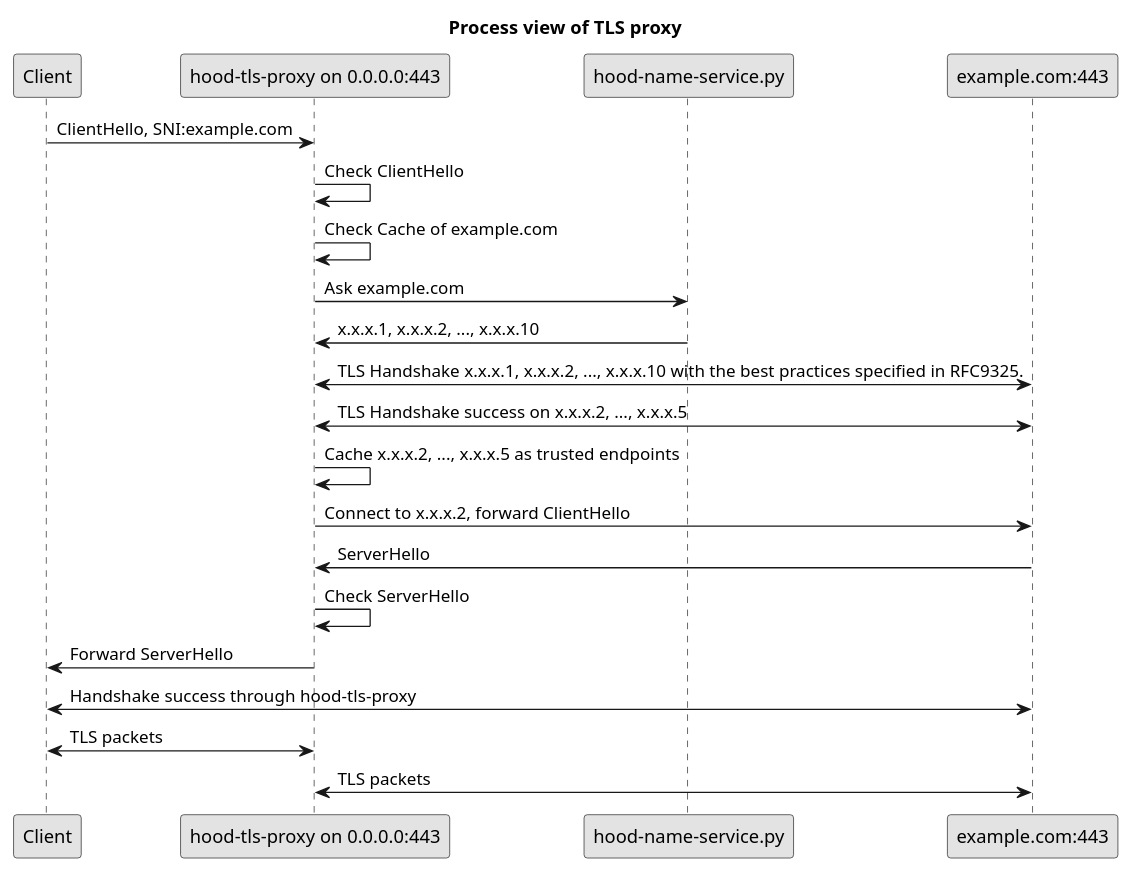
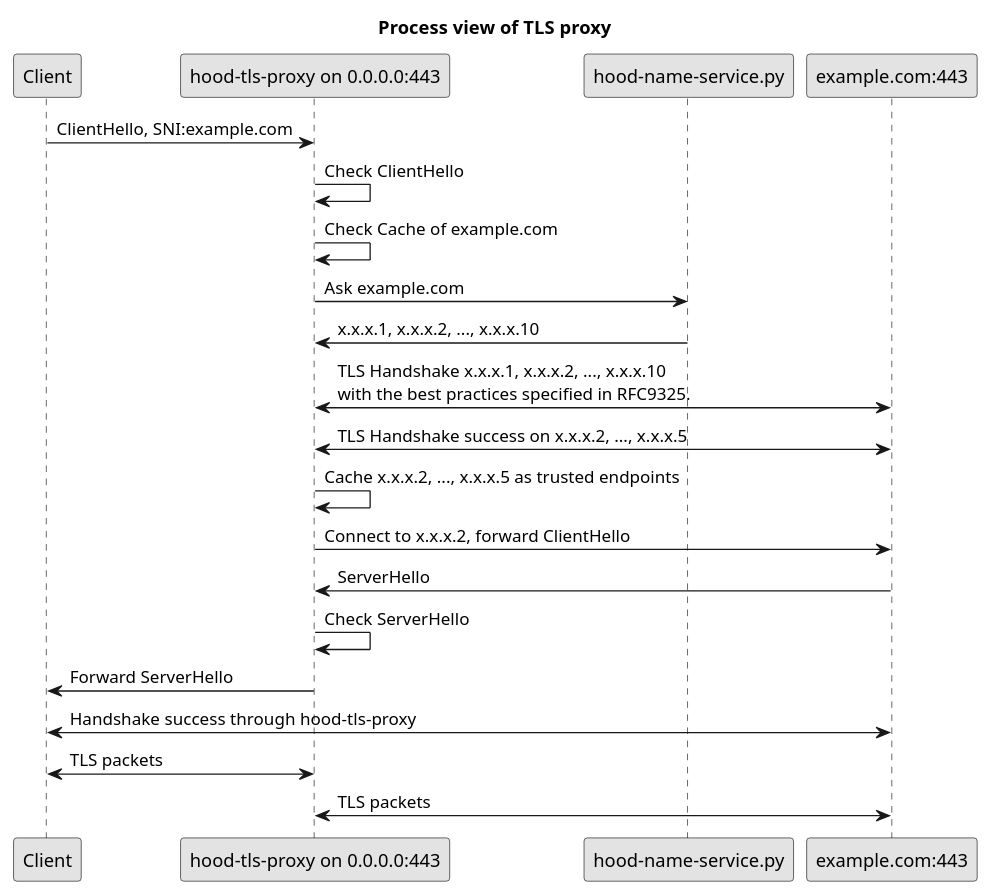
One commit to YongBinnnnnnnnnnnnnnnnnnnnnnnnnnnnnnnnn/hood changed the diagram in paper/graphics/puml/process-tls-proxy.puml. Above: the diagram before and after it, drawn with PlantUML.

```diff
--- a/paper/graphics/puml/process-tls-proxy.puml
+++ b/paper/graphics/puml/process-tls-proxy.puml
@@ -1,32 +1,32 @@
 @startuml
 
 skinparam monochrome true
 skinparam shadowing false
 skinparam defaultFontName Arial
 skinparam componentStyle rectangle
 
 title Process view of TLS proxy
 
 participant "Client" as CLIENT
 participant "hood-tls-proxy on 0.0.0.0:443" as HOODTLS
 participant "hood-name-service.py" as HOODNAME
 participant "example.com:443" as HTTP
 
 CLIENT -> HOODTLS: ClientHello, SNI:example.com
 HOODTLS -> HOODTLS: Check ClientHello
 HOODTLS -> HOODTLS: Check Cache of example.com
 HOODTLS -> HOODNAME: Ask example.com
 HOODNAME -> HOODTLS: x.x.x.1, x.x.x.2, ..., x.x.x.10
-HOODTLS <-> HTTP: TLS Handshake x.x.x.1, x.x.x.2, ..., x.x.x.10 with the best practices specified in RFC9325.
+HOODTLS <-> HTTP: TLS Handshake x.x.x.1, x.x.x.2, ..., x.x.x.10\nwith the best practices specified in RFC9325.
 HOODTLS <-> HTTP: TLS Handshake success on x.x.x.2, ..., x.x.x.5
 HOODTLS -> HOODTLS: Cache x.x.x.2, ..., x.x.x.5 as trusted endpoints
 HOODTLS -> HTTP: Connect to x.x.x.2, forward ClientHello
 HOODTLS <- HTTP: ServerHello
 HOODTLS -> HOODTLS: Check ServerHello
 HOODTLS -> CLIENT: Forward ServerHello
 CLIENT <-> HTTP: Handshake success through hood-tls-proxy
 HOODTLS <-> CLIENT: TLS packets
 HOODTLS <-> HTTP: TLS packets
 
 
 @enduml
```
